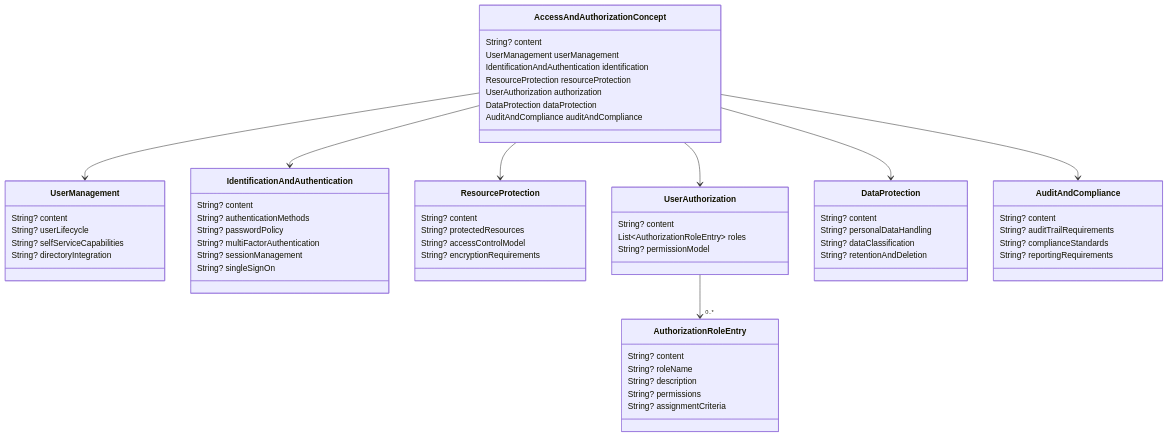
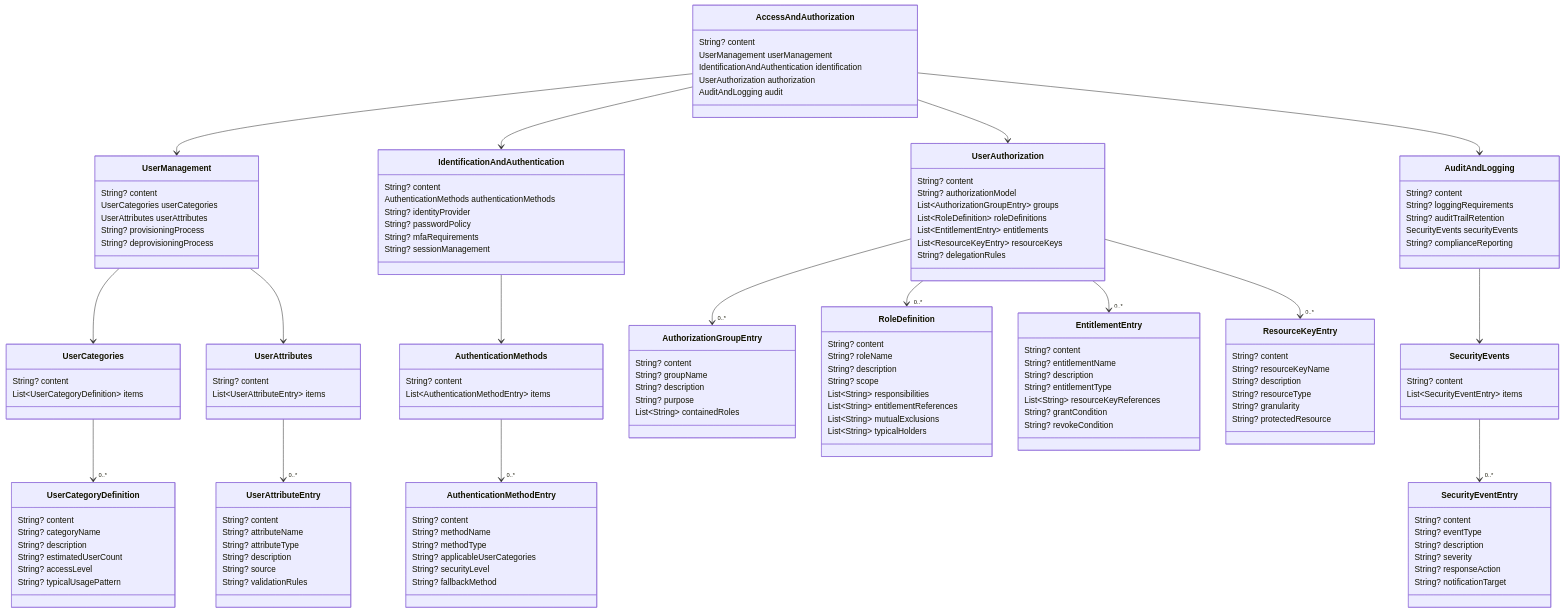
One commit to al-the-bear/tom_ai_build changed diagram 17 of 22 in tom_specs_model/doc/pd_project_definition_model.md. Above: the diagram before and after it, drawn with Mermaid. The commit also changed other lines of this file and 15 other files, not shown here.

First line of the commit message:
tom_specs_model: v2 deep attribute audit — 61 new classes (~184 total)

````diff
--- a/tom_specs_model/doc/pd_project_definition_model.md
+++ b/tom_specs_model/doc/pd_project_definition_model.md
@@ -1003,71 +1243,156 @@
 ```mermaid
 classDiagram
-    class AccessAndAuthorizationConcept {
+    class AccessAndAuthorization {
         String? content
         UserManagement userManagement
         IdentificationAndAuthentication identification
-        ResourceProtection resourceProtection
         UserAuthorization authorization
-        DataProtection dataProtection
-        AuditAndCompliance auditAndCompliance
+        AuditAndLogging audit
     }
 
     class UserManagement {
         String? content
-        String? userLifecycle
-        String? selfServiceCapabilities
-        String? directoryIntegration
+        UserCategories userCategories
+        UserAttributes userAttributes
+        String? provisioningProcess
+        String? deprovisioningProcess
+    }
+
+    class UserCategories {
+        String? content
+        List~UserCategoryDefinition~ items
+    }
+
+    class UserCategoryDefinition {
+        String? content
+        String? categoryName
+        String? description
+        String? estimatedUserCount
+        String? accessLevel
+        String? typicalUsagePattern
+    }
+
+    class UserAttributes {
+        String? content
+        List~UserAttributeEntry~ items
+    }
+
+    class UserAttributeEntry {
+        String? content
+        String? attributeName
+        String? attributeType
+        String? description
+        String? source
+        String? validationRules
     }
 
     class IdentificationAndAuthentication {
         String? content
-        String? authenticationMethods
+        AuthenticationMethods authenticationMethods
+        String? identityProvider
         String? passwordPolicy
-        String? multiFactorAuthentication
+        String? mfaRequirements
         String? sessionManagement
-        String? singleSignOn
     }
 
-    class ResourceProtection {
+    class AuthenticationMethods {
         String? content
-        String? protectedResources
-        String? accessControlModel
-        String? encryptionRequirements
+        List~AuthenticationMethodEntry~ items
+    }
+
+    class AuthenticationMethodEntry {
+        String? content
+        String? methodName
+        String? methodType
+        String? applicableUserCategories
+        String? securityLevel
+        String? fallbackMethod
     }
 
     class UserAuthorization {
         String? content
-        List~AuthorizationRoleEntry~ roles
-        String? permissionModel
+        String? authorizationModel
+        List~AuthorizationGroupEntry~ groups
+        List~RoleDefinition~ roleDefinitions
+        List~EntitlementEntry~ entitlements
+        List~ResourceKeyEntry~ resourceKeys
+        String? delegationRules
     }
 
-    class AuthorizationRoleEntry {
+    class AuthorizationGroupEntry {
+        String? content
+        String? groupName
+        String? description
+        String? purpose
+        List~String~ containedRoles
+    }
+
+    class RoleDefinition {
         String? content
         String? roleName
         String? description
-        String? permissions
-        String? assignmentCriteria
+        String? scope
+        List~String~ responsibilities
+        List~String~ entitlementReferences
+        List~String~ mutualExclusions
+        List~String~ typicalHolders
     }
 
-    class DataProtection {
+    class EntitlementEntry {
         String? content
-        String? personalDataHandling
-        String? dataClassification
-        String? retentionAndDeletion
+        String? entitlementName
+        String? description
+        String? entitlementType
+        List~String~ resourceKeyReferences
+        String? grantCondition
+        String? revokeCondition
     }
 
-    class AuditAndCompliance {
+    class ResourceKeyEntry {
         String? content
-        String? auditTrailRequirements
-        String? complianceStandards
-        String? reportingRequirements
+        String? resourceKeyName
+        String? description
+        String? resourceType
+        String? granularity
+        String? protectedResource
     }
 
-    AccessAndAuthorizationConcept --> UserManagement
-    AccessAndAuthorizationConcept --> IdentificationAndAuthentication
-    AccessAndAuthorizationConcept --> ResourceProtection
-    AccessAndAuthorizationConcept --> UserAuthorization
-    AccessAndAuthorizationConcept --> DataProtection
-    AccessAndAuthorizationConcept --> AuditAndCompliance
-    UserAuthorization --> "0..*" AuthorizationRoleEntry
+    class AuditAndLogging {
+        String? content
+        String? loggingRequirements
+        String? auditTrailRetention
+        SecurityEvents securityEvents
+        String? complianceReporting
+    }
+
+    class SecurityEvents {
+        String? content
+        List~SecurityEventEntry~ items
+    }
+
+    class SecurityEventEntry {
+        String? content
+        String? eventType
+        String? description
+        String? severity
+        String? responseAction
+        String? notificationTarget
+    }
+
+    AccessAndAuthorization --> UserManagement
+    AccessAndAuthorization --> IdentificationAndAuthentication
+    AccessAndAuthorization --> UserAuthorization
+    AccessAndAuthorization --> AuditAndLogging
+    UserManagement --> UserCategories
+    UserManagement --> UserAttributes
+    UserCategories --> "0..*" UserCategoryDefinition
+    UserAttributes --> "0..*" UserAttributeEntry
+    IdentificationAndAuthentication --> AuthenticationMethods
+    AuthenticationMethods --> "0..*" AuthenticationMethodEntry
+    UserAuthorization --> "0..*" AuthorizationGroupEntry
+    UserAuthorization --> "0..*" RoleDefinition
+    UserAuthorization --> "0..*" EntitlementEntry
+    UserAuthorization --> "0..*" ResourceKeyEntry
+    AuditAndLogging --> SecurityEvents
+    SecurityEvents --> "0..*" SecurityEventEntry
 ```
````
